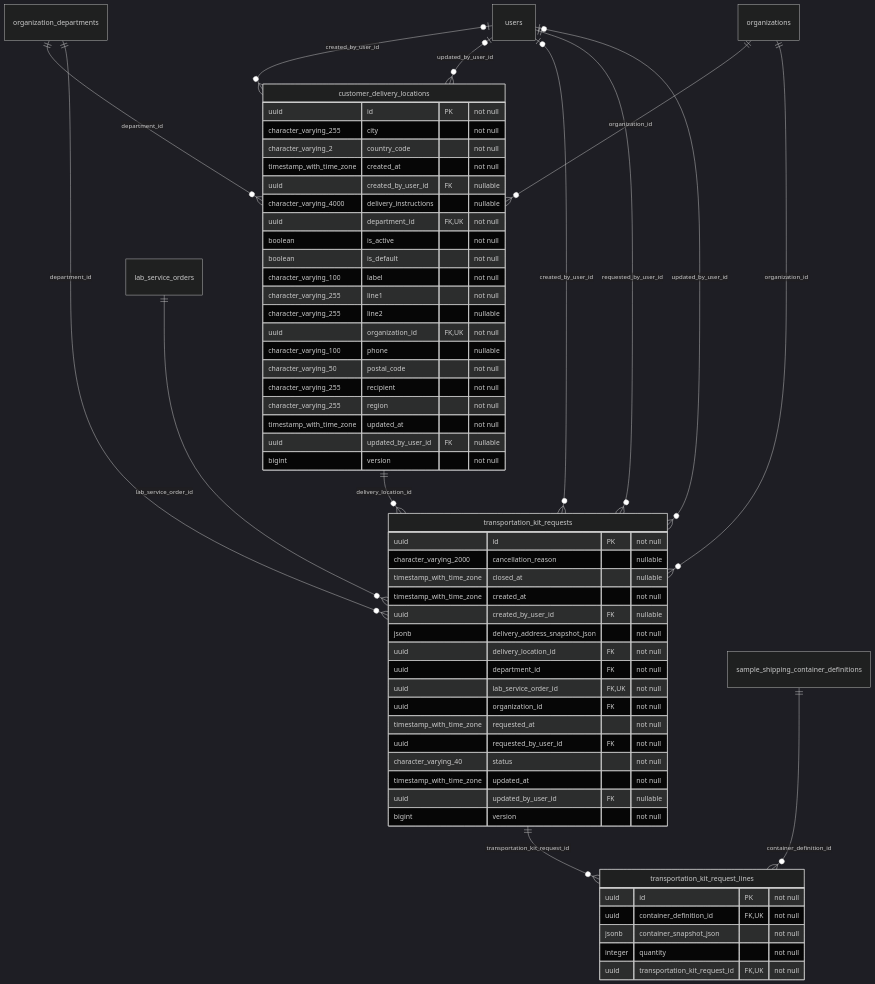
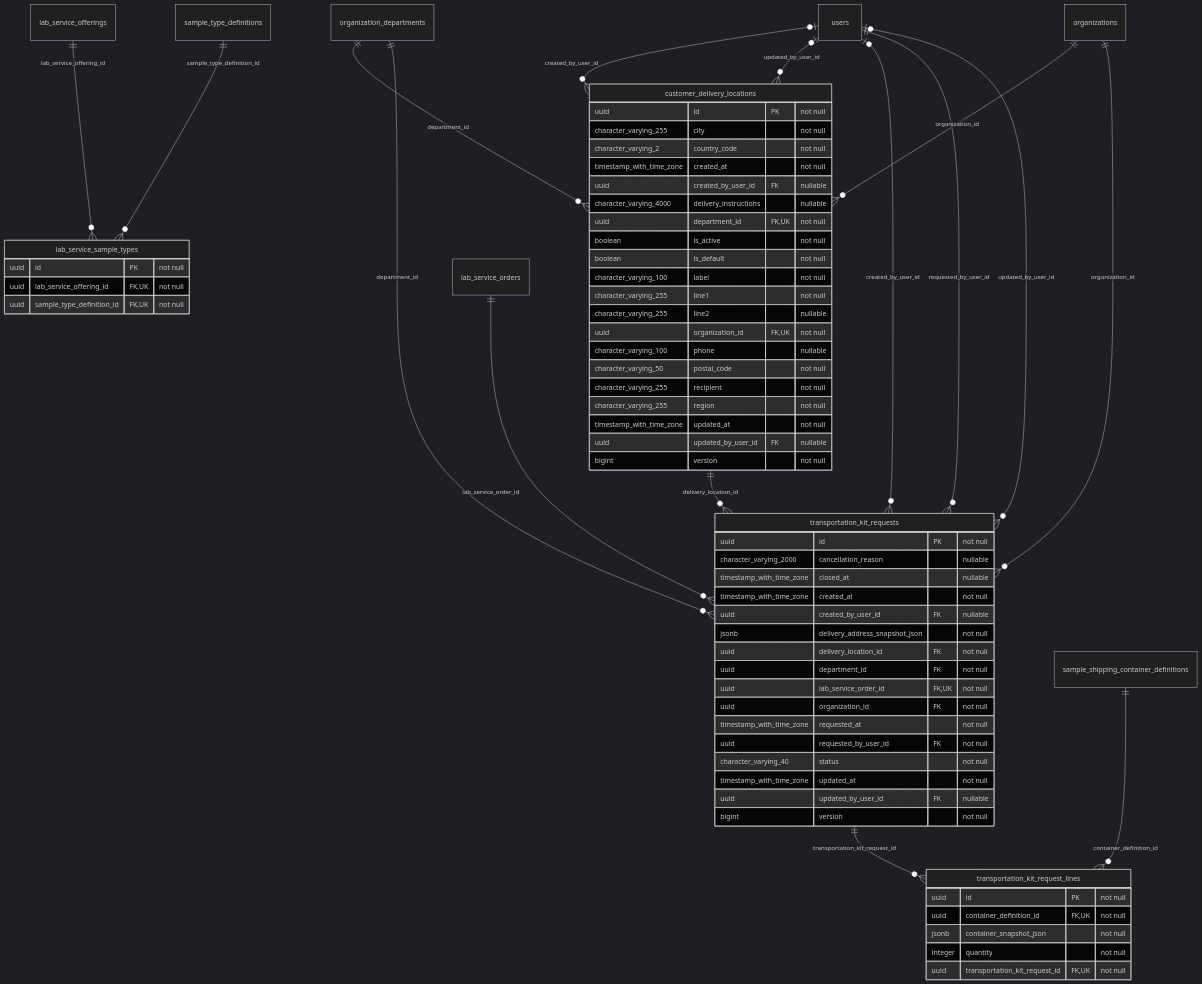
One commit to behaack/phaeno-ops-mgmt-system changed diagram 12 of 30 in docs/database-erd.md. Above: the diagram before and after it, drawn with Mermaid (dark theme). The commit also changed other lines of this file and 70 other files, not shown here.

First line of the commit message:
Consolidate service definitions and sample types under catalog items

````diff
--- a/docs/database-erd.md
+++ b/docs/database-erd.md
@@ -1571,63 +1571,70 @@
 ```mermaid
 erDiagram
     customer_delivery_locations {
         uuid id PK "not null"
         character_varying_255 city "not null"
         character_varying_2 country_code "not null"
         timestamp_with_time_zone created_at "not null"
         uuid created_by_user_id FK "nullable"
         character_varying_4000 delivery_instructions "nullable"
         uuid department_id FK,UK "not null"
         boolean is_active "not null"
         boolean is_default "not null"
         character_varying_100 label "not null"
         character_varying_255 line1 "not null"
         character_varying_255 line2 "nullable"
         uuid organization_id FK,UK "not null"
         character_varying_100 phone "nullable"
         character_varying_50 postal_code "not null"
         character_varying_255 recipient "not null"
         character_varying_255 region "not null"
         timestamp_with_time_zone updated_at "not null"
         uuid updated_by_user_id FK "nullable"
         bigint version "not null"
+    }
+    lab_service_sample_types {
+        uuid id PK "not null"
+        uuid lab_service_offering_id FK,UK "not null"
+        uuid sample_type_definition_id FK,UK "not null"
     }
     transportation_kit_request_lines {
         uuid id PK "not null"
         uuid container_definition_id FK,UK "not null"
         jsonb container_snapshot_json "not null"
         integer quantity "not null"
         uuid transportation_kit_request_id FK,UK "not null"
     }
     transportation_kit_requests {
         uuid id PK "not null"
         character_varying_2000 cancellation_reason "nullable"
         timestamp_with_time_zone closed_at "nullable"
         timestamp_with_time_zone created_at "not null"
         uuid created_by_user_id FK "nullable"
         jsonb delivery_address_snapshot_json "not null"
         uuid delivery_location_id FK "not null"
         uuid department_id FK "not null"
         uuid lab_service_order_id FK,UK "not null"
         uuid organization_id FK "not null"
         timestamp_with_time_zone requested_at "not null"
         uuid requested_by_user_id FK "not null"
         character_varying_40 status "not null"
         timestamp_with_time_zone updated_at "not null"
         uuid updated_by_user_id FK "nullable"
         bigint version "not null"
     }
     users o|--o{ customer_delivery_locations : "created_by_user_id"
     organization_departments ||--o{ customer_delivery_locations : "department_id"
     organizations ||--o{ customer_delivery_locations : "organization_id"
     users o|--o{ customer_delivery_locations : "updated_by_user_id"
+    lab_service_offerings ||--o{ lab_service_sample_types : "lab_service_offering_id"
+    sample_type_definitions ||--o{ lab_service_sample_types : "sample_type_definition_id"
     sample_shipping_container_definitions ||--o{ transportation_kit_request_lines : "container_definition_id"
     transportation_kit_requests ||--o{ transportation_kit_request_lines : "transportation_kit_request_id"
     users o|--o{ transportation_kit_requests : "created_by_user_id"
     customer_delivery_locations ||--o{ transportation_kit_requests : "delivery_location_id"
     organization_departments ||--o{ transportation_kit_requests : "department_id"
     lab_service_orders ||--o{ transportation_kit_requests : "lab_service_order_id"
     organizations ||--o{ transportation_kit_requests : "organization_id"
     users ||--o{ transportation_kit_requests : "requested_by_user_id"
     users o|--o{ transportation_kit_requests : "updated_by_user_id"
 ```
````
